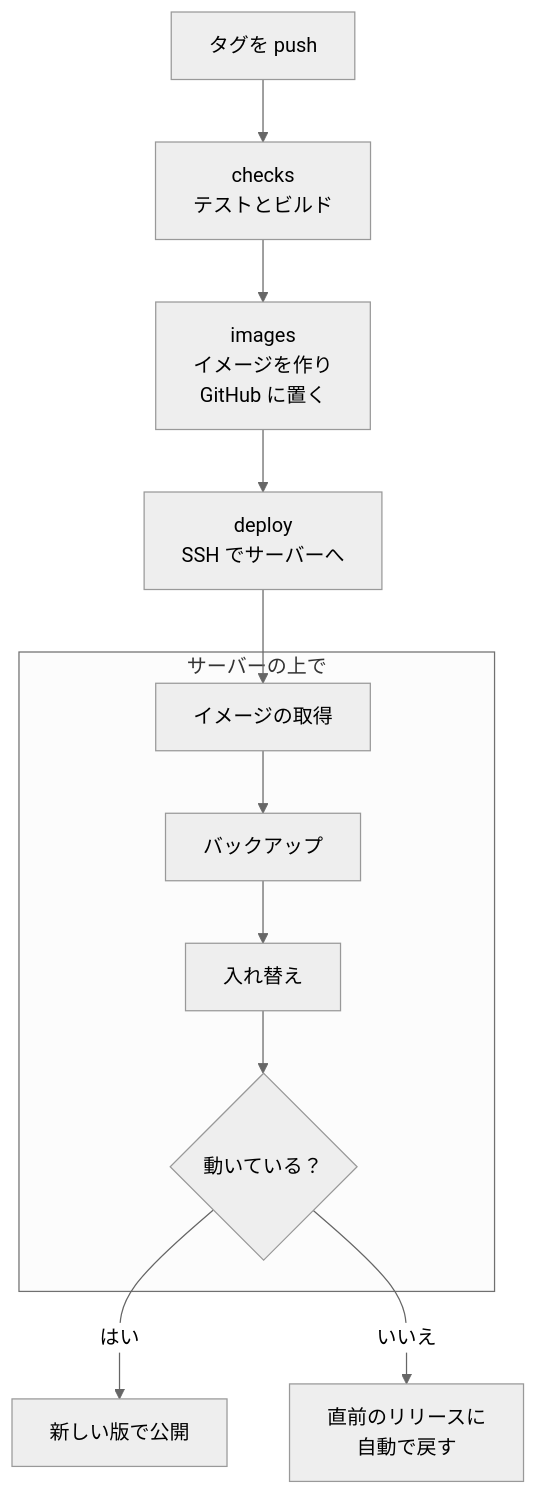
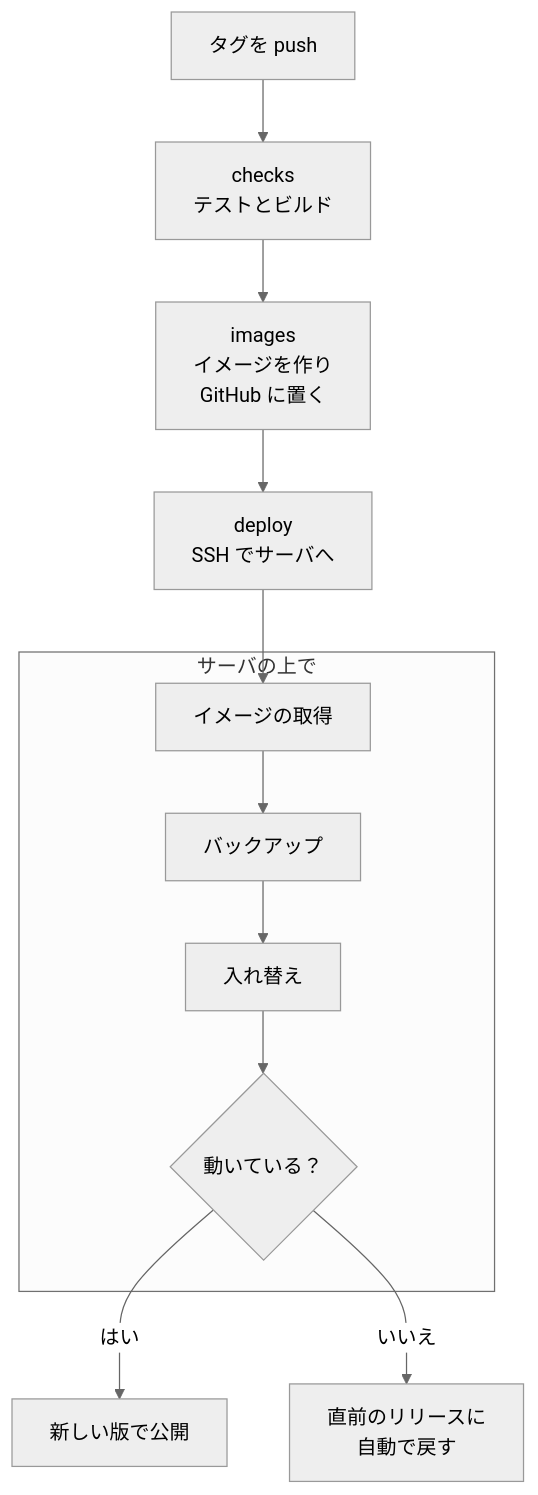
One commit to kanotown/taylis changed the diagram in website/docs/self-hosting/updates.md. Above: the diagram before and after it, drawn with Mermaid (neutral theme). The commit also changed other lines of this file and 79 other files, not shown here.

````diff
--- a/website/docs/self-hosting/updates.md
+++ b/website/docs/self-hosting/updates.md
@@ -33,12 +33,12 @@
 ```mermaid
 flowchart TD
   T["タグを push"] --> C["checks<br>テストとビルド"]
   C --> I["images<br>イメージを作り<br>GitHub に置く"]
-  I --> D["deploy<br>SSH でサーバーへ"]
-  subgraph server["サーバーの上で"]
+  I --> D["deploy<br>SSH でサーバへ"]
+  subgraph server["サーバの上で"]
     P["イメージの取得"] --> B["バックアップ"] --> U["入れ替え"] --> H{"動いている？"}
   end
   D --> P
   H -- "はい" --> OK["新しい版で公開"]
   H -- "いいえ" --> RB["直前のリリースに<br>自動で戻す"]
 ```
````
